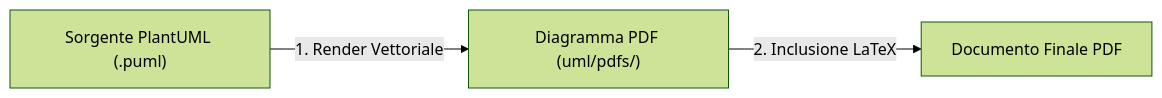
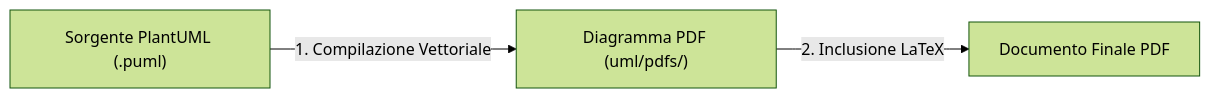
One commit to DavideMara/Obsidian_notes changed the first of 2 diagrams in 2° Anno/Ingegnieria Software/Guida-Progetto.md. Above: the diagram before and after it, drawn with Mermaid (forest theme). The commit also changed other lines of this file, not shown here.

````diff
--- a/2° Anno/Ingegnieria Software/Guida-Progetto.md
+++ b/2° Anno/Ingegnieria Software/Guida-Progetto.md
@@ -17,5 +29,5 @@
 ```mermaid
 graph LR
-    A["Sorgente PlantUML (.puml)"] -->|1. Render Vettoriale| B["Diagramma PDF (uml/pdfs/)"]
+    A["Sorgente PlantUML (.puml)"] -->|1. Compilazione Vettoriale| B["Diagramma PDF (uml/pdfs/)"]
     B -->|2. Inclusione LaTeX| C["Documento Finale PDF"]
 ```
````
